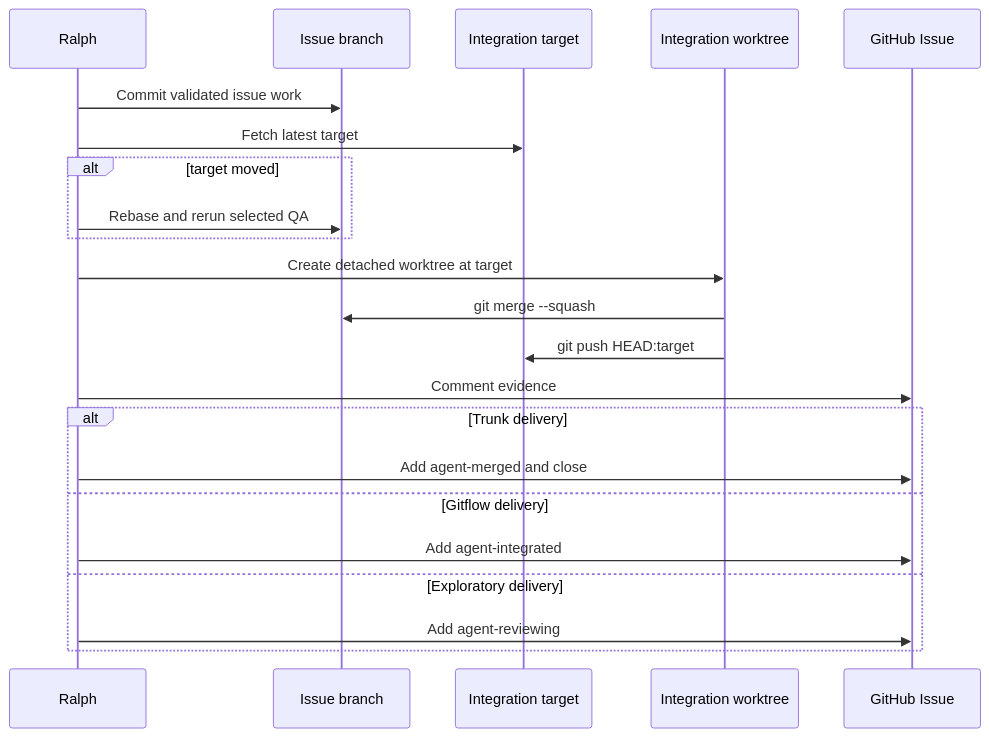
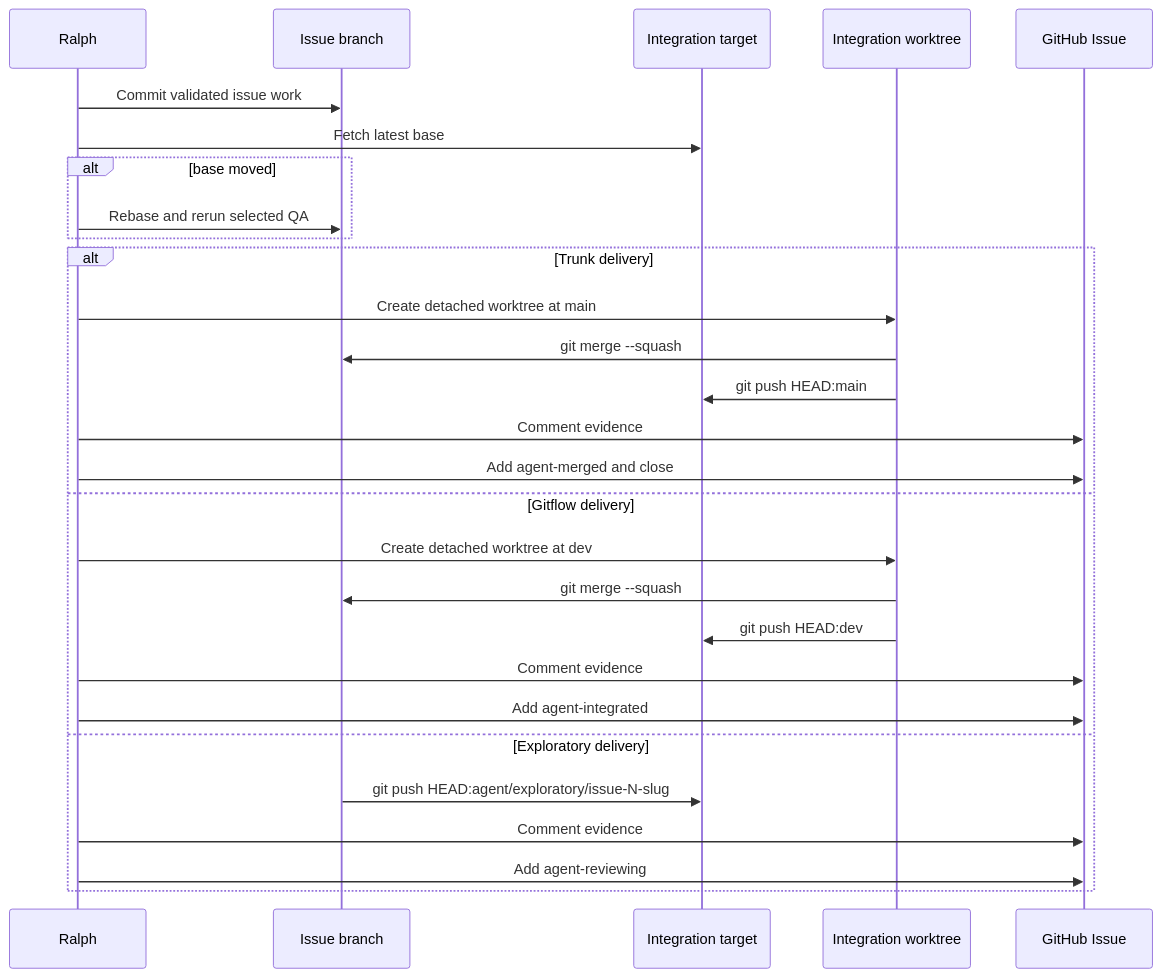
Before and after one commit to Chr1sC0de/energy-market-delta-lake: the second of 2 diagrams in docs/agents/ralph-loop.md, drawn with Mermaid. The commit also changed other lines of this file and 12 other files, not shown here.

Commit message:
Implement issue #89: Push Exploratory branches as Ralph handoff artifacts

````diff
--- a/docs/agents/ralph-loop.md
+++ b/docs/agents/ralph-loop.md
@@ -418,25 +434,31 @@
 ```mermaid
 sequenceDiagram
   participant Ralph
   participant IssueBranch as Issue branch
   participant Target as Integration target
   participant Integration as Integration worktree
   participant GitHubIssue as GitHub Issue
 
   Ralph->>IssueBranch: Commit validated issue work
-  Ralph->>Target: Fetch latest target
-  alt target moved
+  Ralph->>Target: Fetch latest base
+  alt base moved
     Ralph->>IssueBranch: Rebase and rerun selected QA
   end
-  Ralph->>Integration: Create detached worktree at target
-  Integration->>IssueBranch: git merge --squash
-  Integration->>Target: git push HEAD:target
-  Ralph->>GitHubIssue: Comment evidence
   alt Trunk delivery
+    Ralph->>Integration: Create detached worktree at main
+    Integration->>IssueBranch: git merge --squash
+    Integration->>Target: git push HEAD:main
+    Ralph->>GitHubIssue: Comment evidence
     Ralph->>GitHubIssue: Add agent-merged and close
   else Gitflow delivery
+    Ralph->>Integration: Create detached worktree at dev
+    Integration->>IssueBranch: git merge --squash
+    Integration->>Target: git push HEAD:dev
+    Ralph->>GitHubIssue: Comment evidence
     Ralph->>GitHubIssue: Add agent-integrated
   else Exploratory delivery
+    IssueBranch->>Target: git push HEAD:agent/exploratory/issue-N-slug
+    Ralph->>GitHubIssue: Comment evidence
     Ralph->>GitHubIssue: Add agent-reviewing
   end
 ```
````
